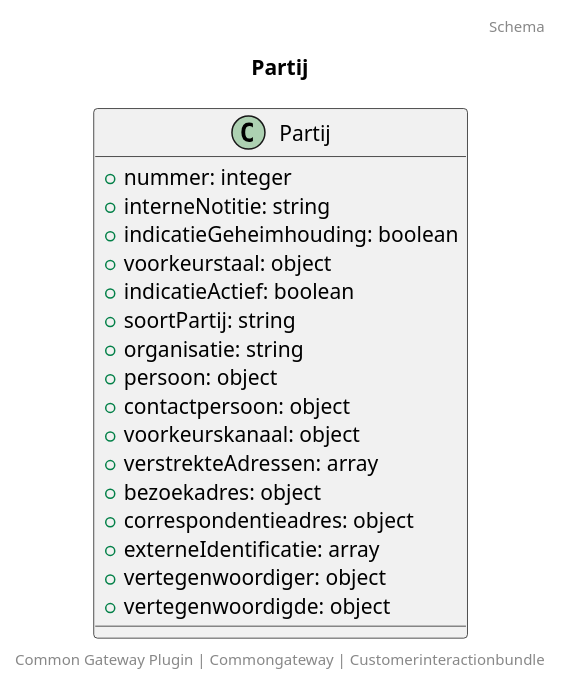
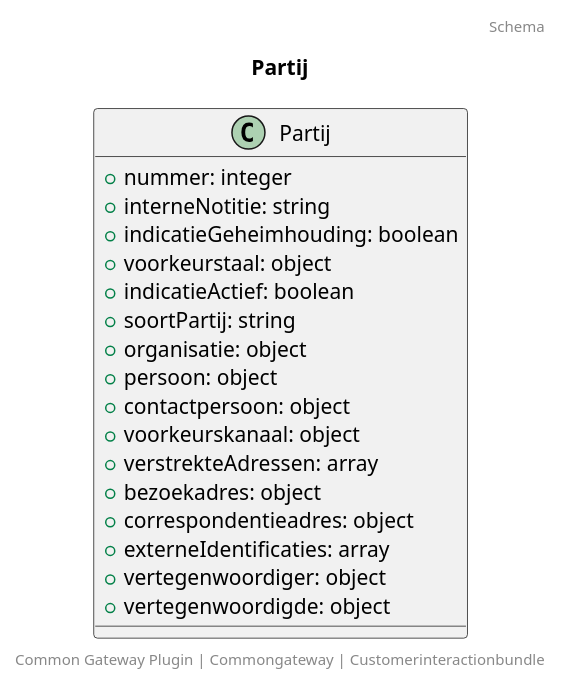
The diagram in docs/schema/klant.partij.puml (CommonGateway/CustomerInteractionBundle), drawn with PlantUML before and after one commit. The commit also changed 3 other files, not shown here.

```diff
--- a/docs/schema/klant.partij.puml
+++ b/docs/schema/klant.partij.puml
@@ -1,24 +1,24 @@
 @startuml
 title: Partij
 footer: Common Gateway Plugin | Commongateway | Customerinteractionbundle 
 header: Schema
 
 class Partij {
   + nummer: integer
   + interneNotitie: string
   + indicatieGeheimhouding: boolean
   + voorkeurstaal: object
   + indicatieActief: boolean
   + soortPartij: string
-  + organisatie: string
+  + organisatie: object
   + persoon: object
   + contactpersoon: object
   + voorkeurskanaal: object
   + verstrekteAdressen: array
   + bezoekadres: object
   + correspondentieadres: object
-  + externeIdentificatie: array
+  + externeIdentificaties: array
   + vertegenwoordiger: object
   + vertegenwoordigde: object
 }
 @enduml
```
